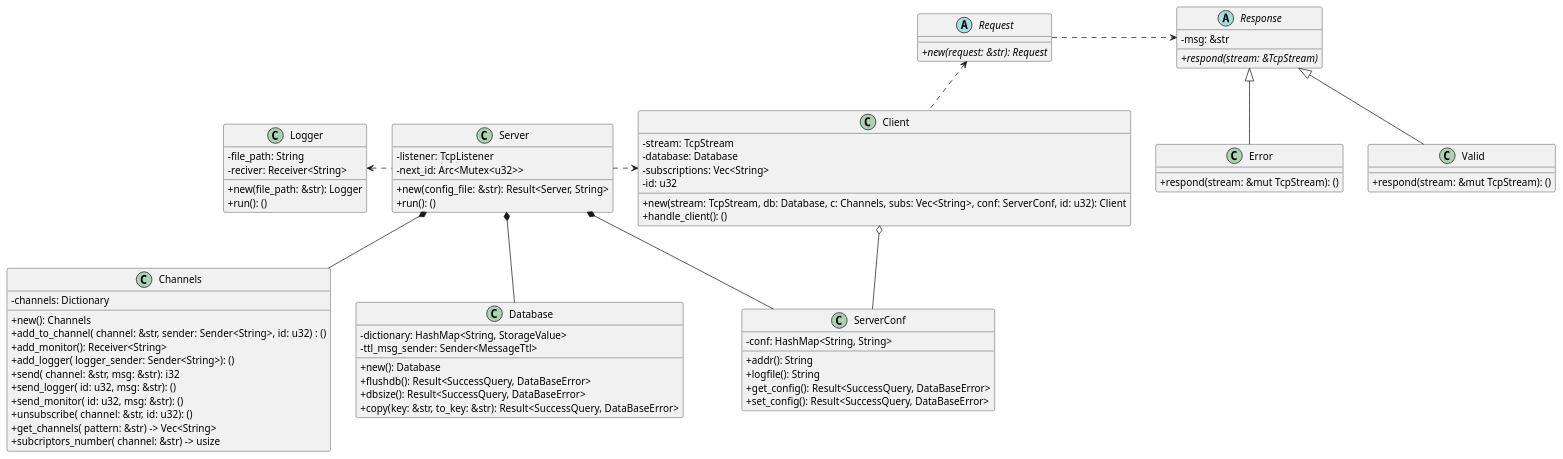
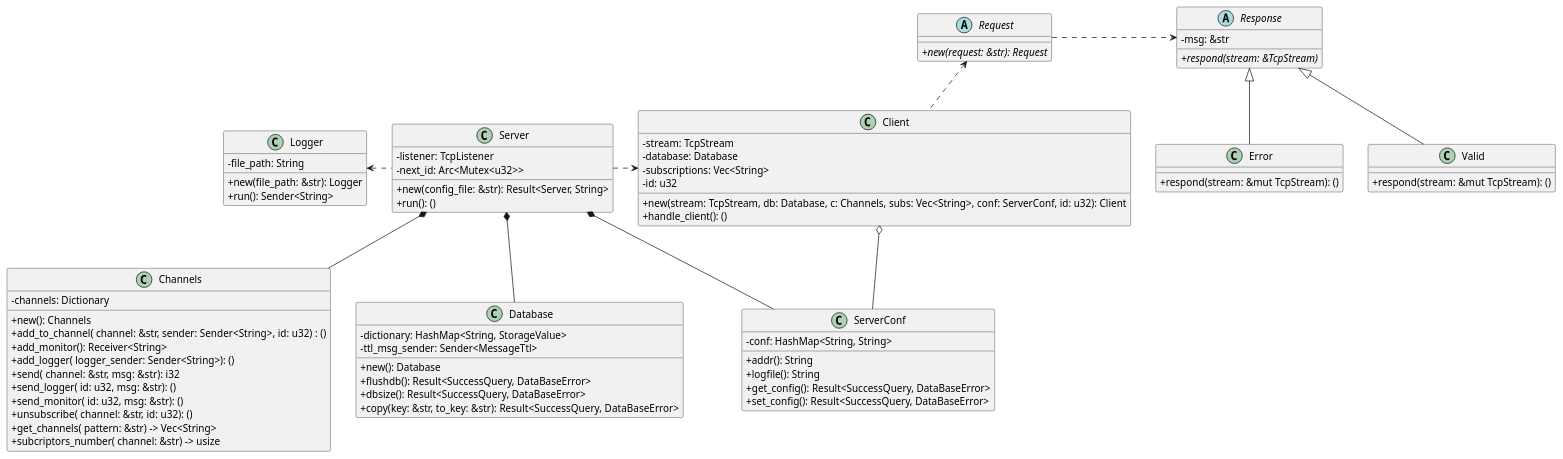
Before and after one commit to taller-1-fiuba-rust/21C1-OxidadosFC: the diagram in src/Diagramas/redis.puml, drawn with PlantUML.

Commit message:
update logger in redis diagram

```diff
--- a/src/Diagramas/redis.puml
+++ b/src/Diagramas/redis.puml
@@ -1,95 +1,94 @@
 @startuml redis
 skinparam ClassAttributeIconSize 0
 hide interface fields
 
 abstract Response
 abstract Request
 
 Class Server {
     -listener: TcpListener
     -next_id: Arc<Mutex<u32>>
     +new(config_file: &str): Result<Server, String>
     + run(): ()
 }
 
 Class Client{
     -stream: TcpStream
     -database: Database
     -subscriptions: Vec<String>
     -id: u32
     +new(stream: TcpStream, db: Database, c: Channels, subs: Vec<String>, conf: ServerConf, id: u32): Client
     +handle_client(): ()
 }
 
 Class Channels{
     - channels: Dictionary
     + new(): Channels
     + add_to_channel( channel: &str, sender: Sender<String>, id: u32) : ()
     + add_monitor(): Receiver<String>
     + add_logger( logger_sender: Sender<String>): ()
     + send( channel: &str, msg: &str): i32
     + send_logger( id: u32, msg: &str): ()
     + send_monitor( id: u32, msg: &str): ()
     + unsubscribe( channel: &str, id: u32): ()
     + get_channels( pattern: &str) -> Vec<String>
     + subcriptors_number( channel: &str) -> usize
 }
 
 Class Database {
     - dictionary: HashMap<String, StorageValue>
     -ttl_msg_sender: Sender<MessageTtl>
     + new(): Database
     + flushdb(): Result<SuccessQuery, DataBaseError>
     + dbsize(): Result<SuccessQuery, DataBaseError>
     + copy(key: &str, to_key: &str): Result<SuccessQuery, DataBaseError>
 }
 
 Class ServerConf {
     - conf: HashMap<String, String>
     + addr(): String
     + logfile(): String
     + get_config(): Result<SuccessQuery, DataBaseError>
     + set_config(): Result<SuccessQuery, DataBaseError>
 }
 
 Class Logger {
     - file_path: String
-    - reciver: Receiver<String>
     + new(file_path: &str): Logger
-    + run(): ()
+    + run(): Sender<String>
 }
 
 abstract Class Request {
     +{abstract}new(request: &str): Request
 }
 
 abstract Class Response {
     -msg: &str
     +{abstract}respond(stream: &TcpStream)
 }
 
 Class Valid{
     +respond(stream: &mut TcpStream): ()
 }
 
 Class Error{
     +respond(stream: &mut TcpStream): ()
 }
 
 
 Server *-- Database
 Server *-- ServerConf
 Server *-- Channels
 Server .left.> Logger
 Server .right.> Client
 
 Client .up.> Request
 Client o--ServerConf
 
 Request .right.> Response
 
 Response <|-- Valid
 Response <|-- Error
 
 
 @enduml
```
